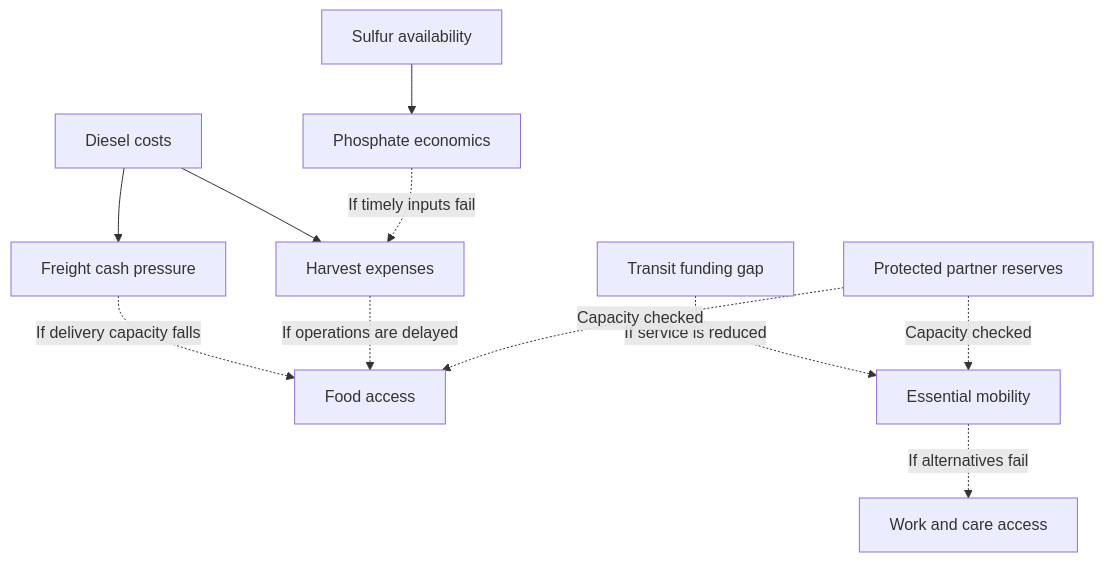
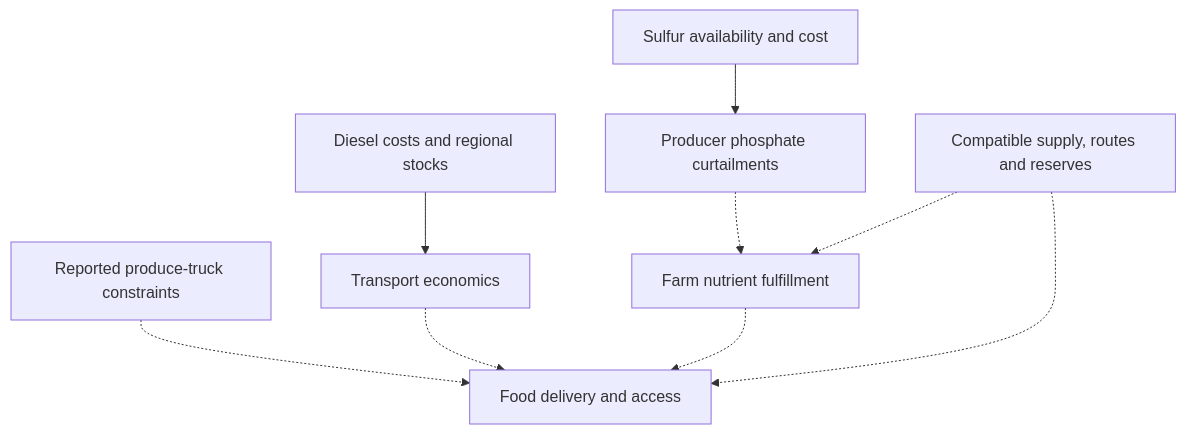
The first of 2 diagrams in reports/DEPENDENCY_OVERVIEW.md (Jaradyne/Dis-Unity), drawn with Mermaid before and after one commit. The commit also changed other lines of this file and 52 other files, not shown here.

````diff
--- a/reports/DEPENDENCY_OVERVIEW.md
+++ b/reports/DEPENDENCY_OVERVIEW.md
@@ -5,13 +5,11 @@
 ```mermaid
 flowchart TD
-  D["Diesel costs"] --> T["Freight cash pressure"]
-  D --> A["Harvest expenses"]
-  T -. "If delivery capacity falls" .-> F["Food access"]
-  A -. "If operations are delayed" .-> F
-  S["Sulfur availability"] --> P["Phosphate economics"]
-  P -. "If timely inputs fail" .-> A
-  B["Transit funding gap"] -. "If service is reduced" .-> M["Essential mobility"]
-  M -. "If alternatives fail" .-> C["Work and care access"]
-  R["Protected partner reserves"] -. "Capacity checked" .-> M
-  R -. "Capacity checked" .-> F
+  Fuel["Diesel costs and regional stocks"] --> Freight["Transport economics"]
+  Trucks["Reported produce-truck constraints"] -.-> Access["Food delivery and access"]
+  Freight -.-> Access
+  Sulfur["Sulfur availability and cost"] --> Phosphate["Producer phosphate curtailments"]
+  Phosphate -.-> Farms["Farm nutrient fulfillment"]
+  Farms -.-> Access
+  Buffers["Compatible supply, routes and reserves"] -.-> Farms
+  Buffers -.-> Access
 ```
````
